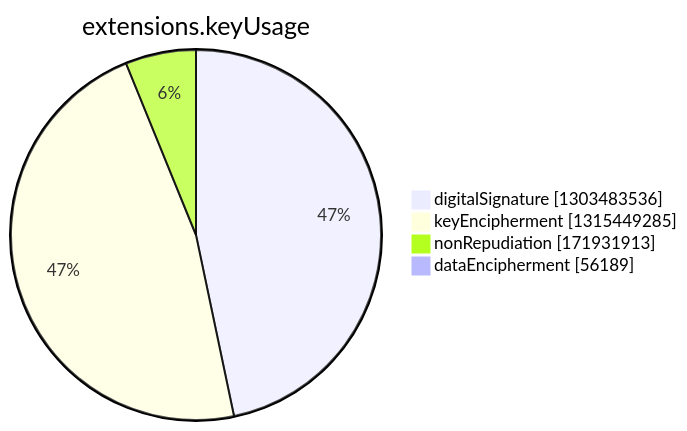
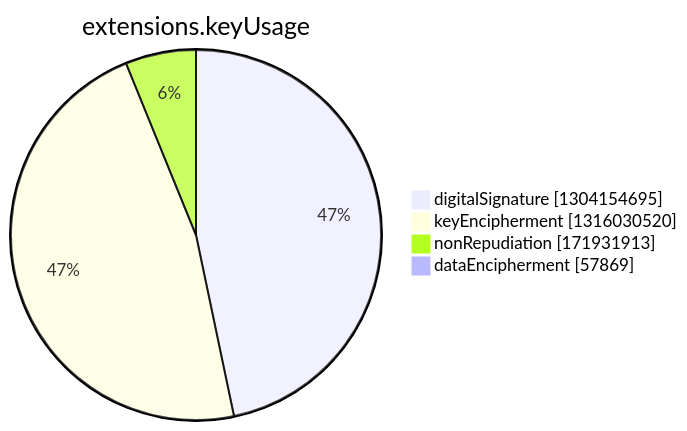
One commit to christiankrug/ctmonitor_visualization changed the seventh of 15 diagrams in argon2022/README.md. Above: the diagram before and after it, drawn with Mermaid. The commit also changed other lines of this file, not shown here.

````diff
--- a/argon2022/README.md
+++ b/argon2022/README.md
@@ -2749,8 +2749,8 @@
 ```mermaid
 pie showData
 title extensions.keyUsage
-"digitalSignature" :1303483536
-"keyEncipherment" :1315449285
+"digitalSignature" :1304154695
+"keyEncipherment" :1316030520
 "nonRepudiation" :171931913
-"dataEncipherment" :56189
+"dataEncipherment" :57869
 ```
````
